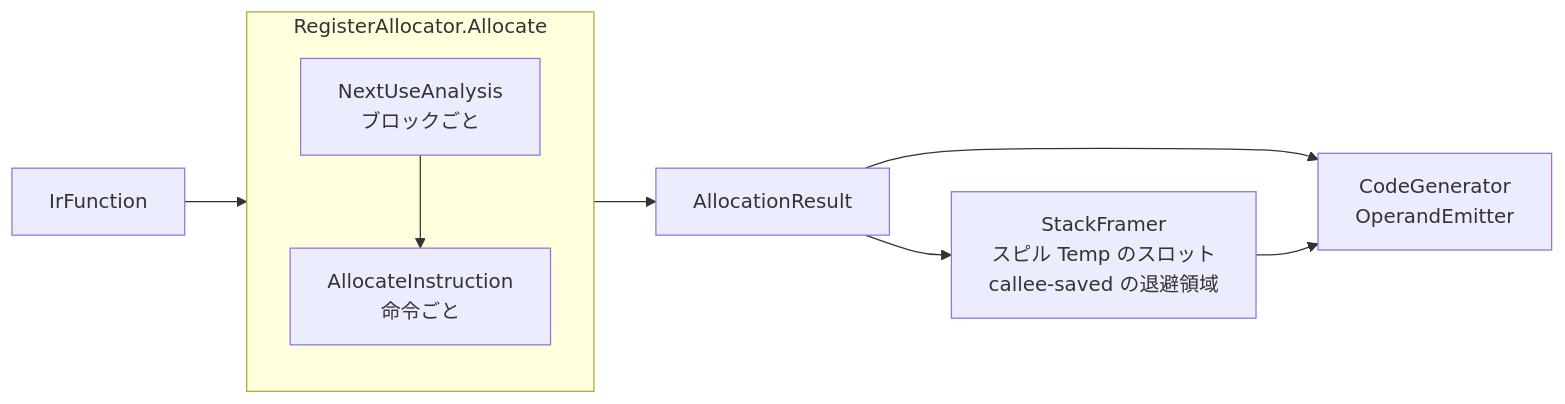
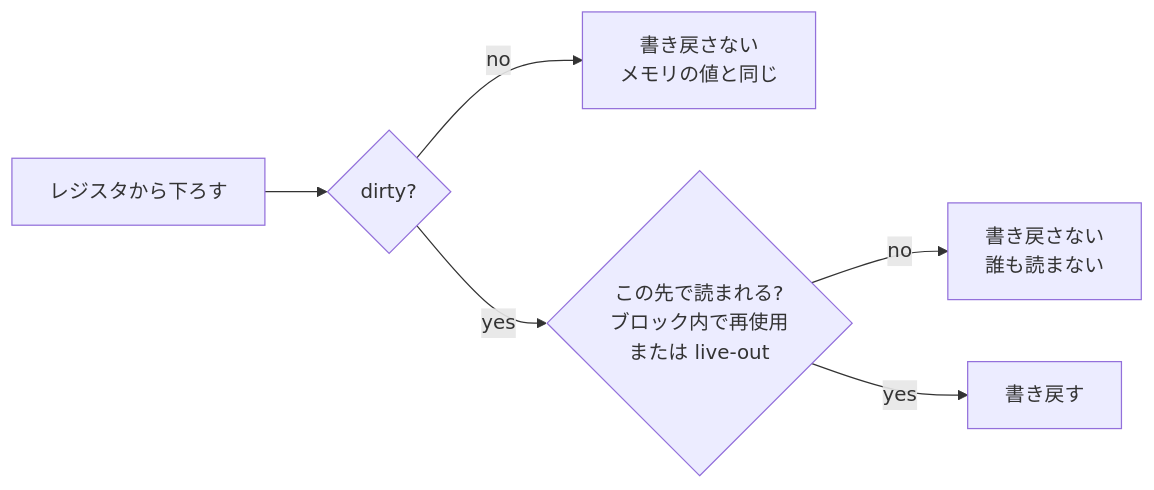
The first of 3 diagrams in docs/register-allocation.md (doguto/chibikko-cc), drawn with Mermaid before and after one commit. The commit also changed other lines of this file, not shown here.

````diff
--- a/docs/register-allocation.md
+++ b/docs/register-allocation.md
@@ -18,14 +92,8 @@
 ```mermaid
 flowchart LR
-    IR[IrFunction] --> RA
-
-    subgraph RA[RegisterAllocator.Allocate]
-        direction TB
-        NU[NextUseAnalysis<br/>ブロックごと] --> AI[AllocateInstruction<br/>命令ごと]
-    end
-
-    RA --> AR[AllocationResult]
-    AR --> SF[StackFramer<br/>スピル Temp のスロット<br/>callee-saved の退避領域]
-    AR --> CG[CodeGenerator<br/>OperandEmitter]
-    SF --> CG
+    A[レジスタから下ろす] --> B{dirty?}
+    B -- no --> N[書き戻さない<br/>メモリの値と同じ]
+    B -- yes --> C{この先で読まれる?<br/>ブロック内で再使用<br/>または live-out}
+    C -- no --> N2[書き戻さない<br/>誰も読まない]
+    C -- yes --> W[書き戻す]
 ```
````
